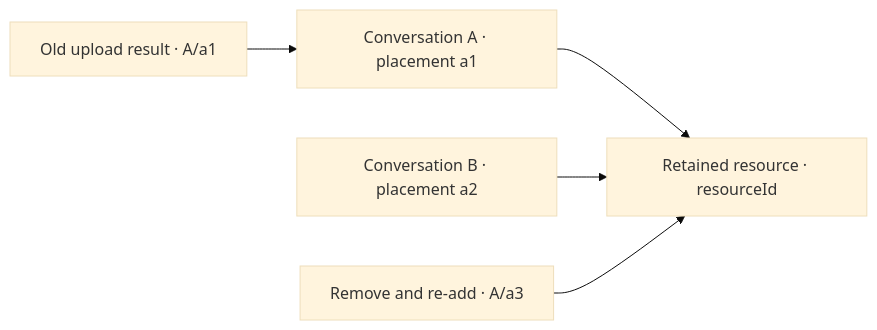
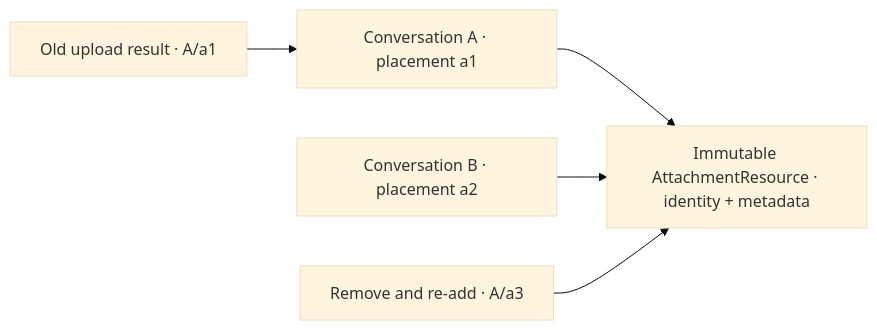
The diagram in docs/design/attachment-lifetimes.md (nessalabs/nessa-agent), drawn with Mermaid (base theme) before and after one commit. The commit also changed other lines of this file and 49 other files, not shown here.

First line of the commit message:
conversation: keep original metadata with each resource

````diff
--- a/docs/design/attachment-lifetimes.md
+++ b/docs/design/attachment-lifetimes.md
@@ -13,7 +18,7 @@
 ```mermaid
 flowchart LR
-  First["Conversation A · placement a1"] --> Resource["Retained resource · resourceId"]
+  First["Conversation A · placement a1"] --> Resource["Immutable AttachmentResource · identity + metadata"]
   Second["Conversation B · placement a2"] --> Resource
   Old["Old upload result · A/a1"] --> First
   Replacement["Remove and re-add · A/a3"] --> Resource
 ```
````
